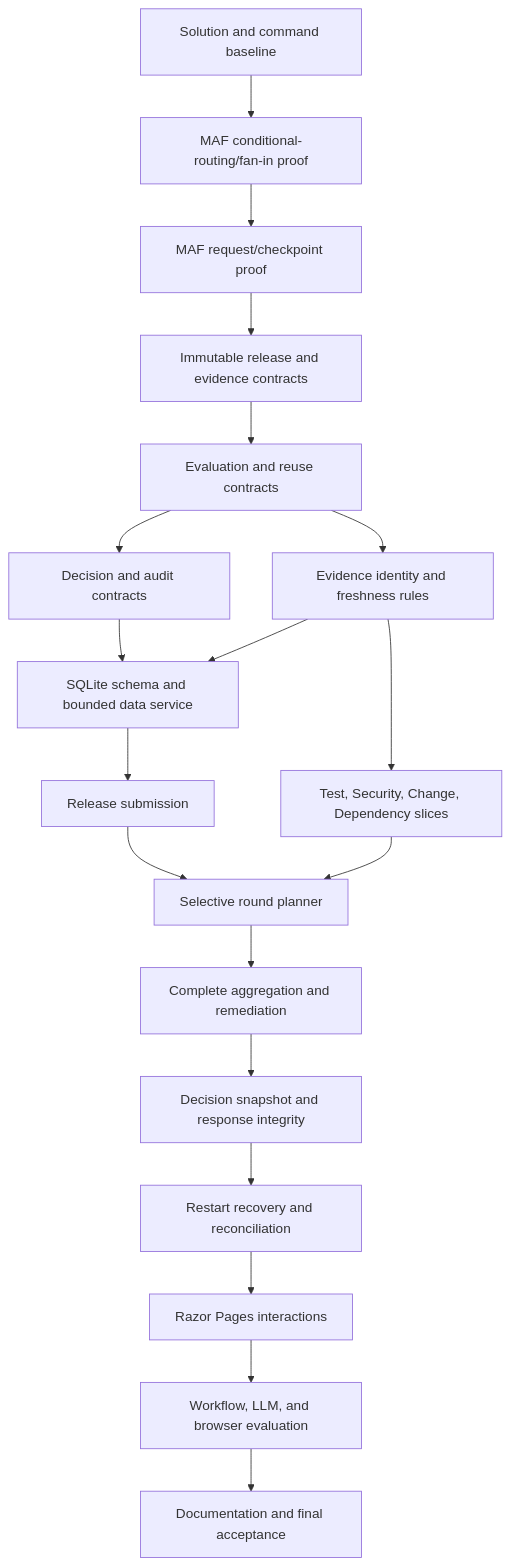
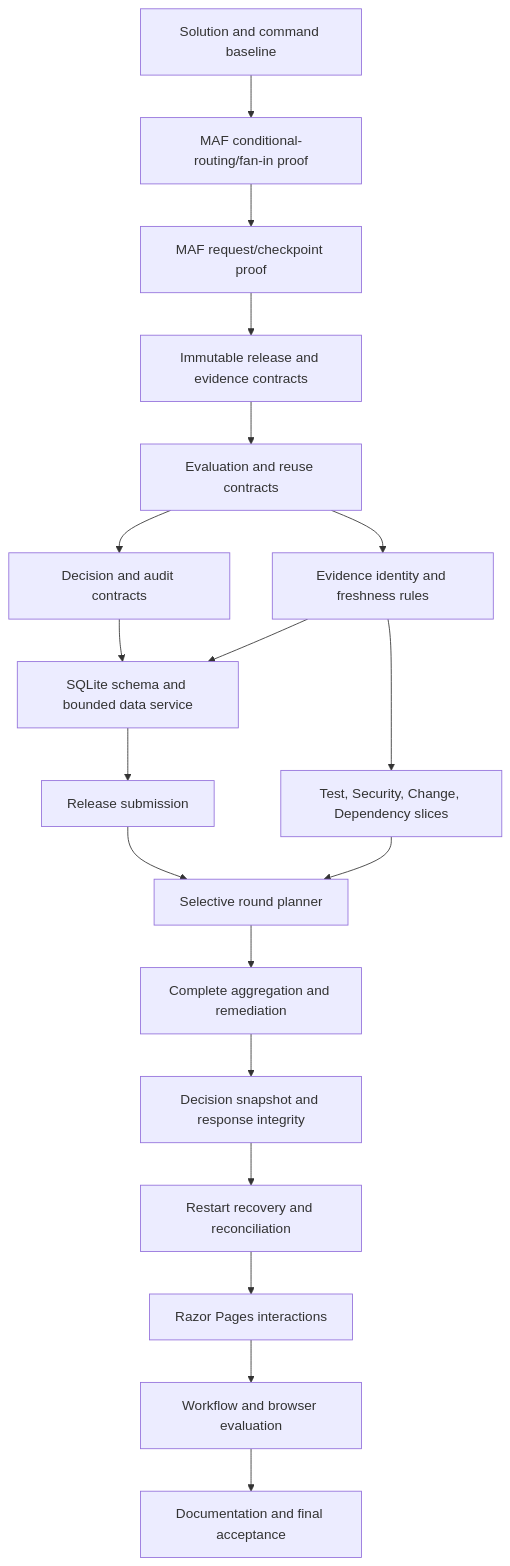
Before and after one commit to mariusz-kacz/release-readiness-coordinator: the diagram in tasks/plan.md, drawn with Mermaid. The commit also changed other lines of this file and 32 other files, not shown here.

````diff
--- a/tasks/plan.md
+++ b/tasks/plan.md
@@ -44,21 +43,21 @@
 ```mermaid
 flowchart TD
     A[Solution and command baseline] --> B[MAF conditional-routing/fan-in proof]
     B --> C[MAF request/checkpoint proof]
     C --> D[Immutable release and evidence contracts]
     D --> EV[Evaluation and reuse contracts]
     EV --> DE[Decision and audit contracts]
     EV --> FR[Evidence identity and freshness rules]
     DE --> E[SQLite schema and bounded data service]
     FR --> E
     E --> F[Release submission]
     FR --> G[Test, Security, Change, Dependency slices]
     F --> H[Selective round planner]
     G --> H
     H --> I[Complete aggregation and remediation]
     I --> J[Decision snapshot and response integrity]
     J --> K[Restart recovery and reconciliation]
     K --> L[Razor Pages interactions]
-    L --> M[Workflow, LLM, and browser evaluation]
+    L --> M[Workflow and browser evaluation]
     M --> N[Documentation and final acceptance]
 ```
````
